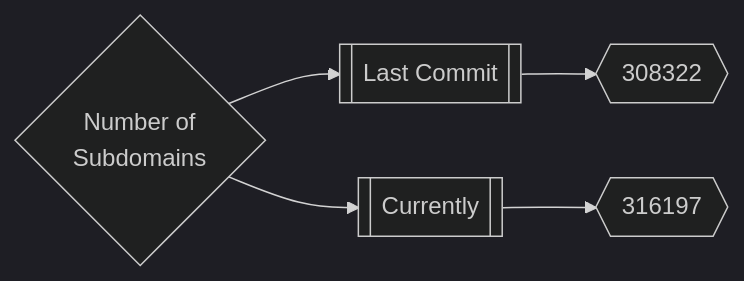
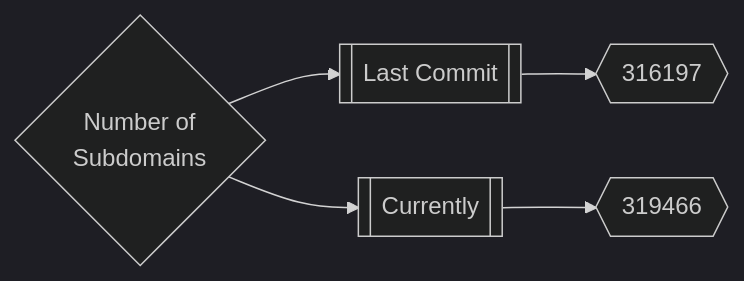
The first of 3 diagrams in README.md (trickest/inventory), drawn with Mermaid (dark theme) before and after one commit. The commit also changed other lines of this file, not shown here.

Commit message:
Update README.md Thu May 26 14:38:13 UTC 2022

````diff
--- a/README.md
+++ b/README.md
@@ -165,5 +165,5 @@
 ```mermaid
 graph LR
-title{Number of<br>Subdomains} --> subdomainsDate1[[Last Commit]] --> subdomainsNum1{{308322}}
-title --> subdomainsDate2[[Currently]] --> subdomainsNum2{{316197}}
+title{Number of<br>Subdomains} --> subdomainsDate1[[Last Commit]] --> subdomainsNum1{{316197}}
+title --> subdomainsDate2[[Currently]] --> subdomainsNum2{{319466}}
 ```
````
